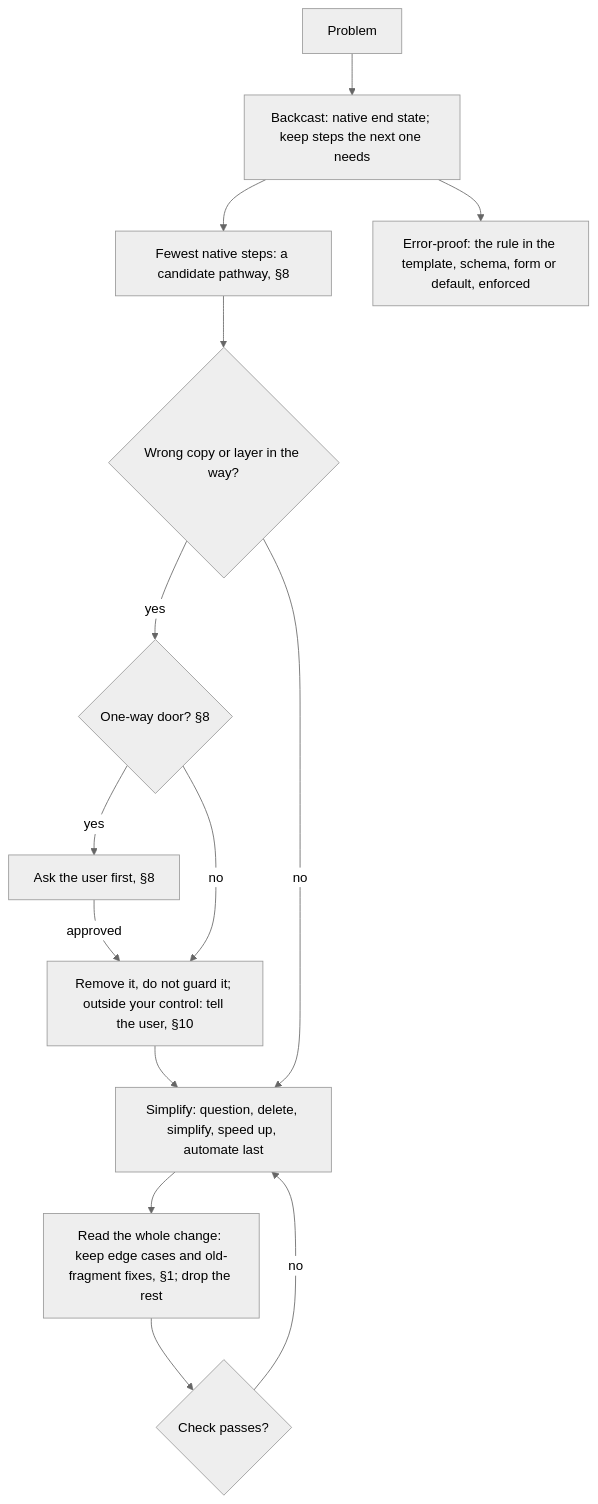
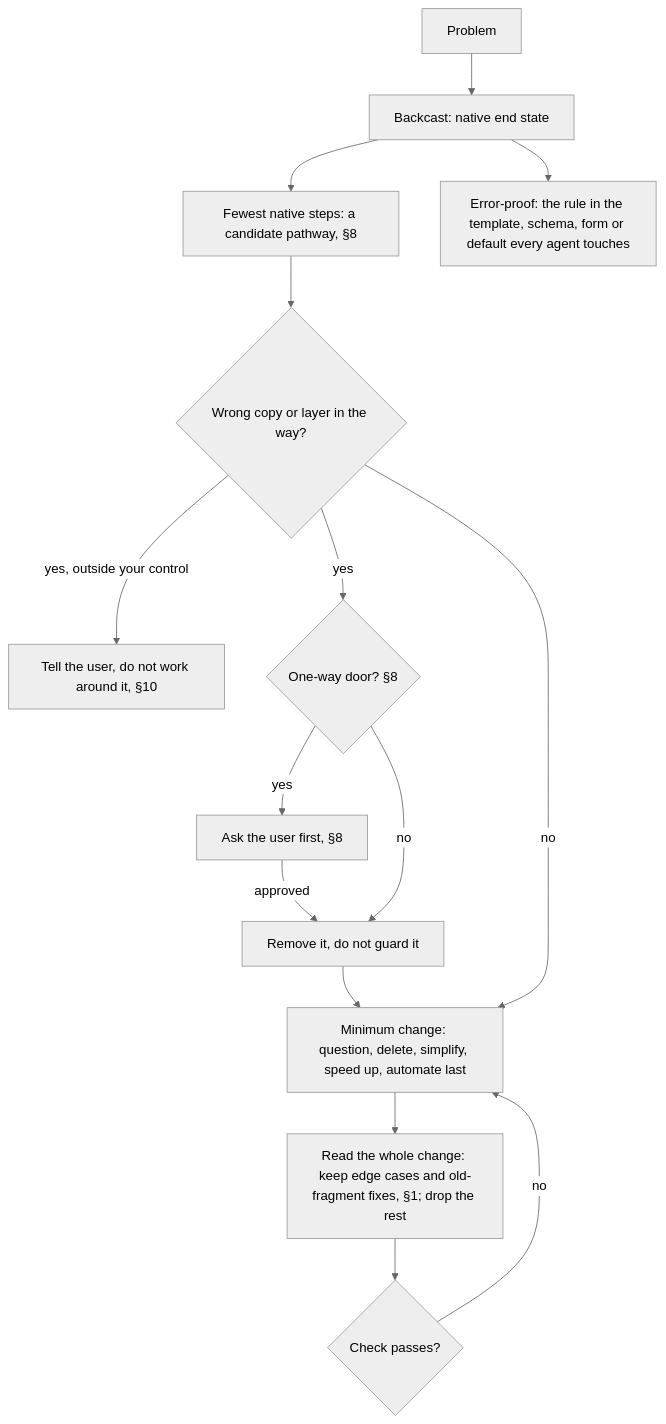
The tenth of 14 diagrams in AGENTS.md (SolenixAI/arbiter), drawn with Mermaid (neutral theme) before and after one commit. The commit also changed other lines of this file, not shown here.

Commit message:
docs(agents): section 9 review fixes

````diff
--- a/AGENTS.md
+++ b/AGENTS.md
@@ -396,11 +396,12 @@
 ```mermaid
 flowchart TD
-  P[Problem] --> E["Backcast: native end state; keep steps the next one needs"] --> N["Fewest native steps: a candidate pathway, §8"]
-  E --> RB["Error-proof: the rule in the template, schema, form or default, enforced"]
+  P[Problem] --> E["Backcast: native end state"] --> N["Fewest native steps: a candidate pathway, §8"]
+  E --> RB["Error-proof: the rule in the template, schema, form or default every agent touches"]
   N --> W{Wrong copy or layer in the way?}
+  W -->|yes, outside your control| TU["Tell the user, do not work around it, §10"]
   W -->|yes| O{"One-way door? §8"}
   O -->|yes| AS["Ask the user first, §8"] -->|approved| X
-  O -->|no| X["Remove it, do not guard it; outside your control: tell the user, §10"] --> M
-  W -->|no| M["Simplify: question, delete, simplify, speed up, automate last"] --> D["Read the whole change: keep edge cases and old-fragment fixes, §1; drop the rest"] --> C{Check passes?}
+  O -->|no| X["Remove it, do not guard it"] --> M
+  W -->|no| M["Minimum change: question, delete, simplify, speed up, automate last"] --> D["Read the whole change: keep edge cases and old-fragment fixes, §1; drop the rest"] --> C{Check passes?}
   C -->|no| M
 ```
````
